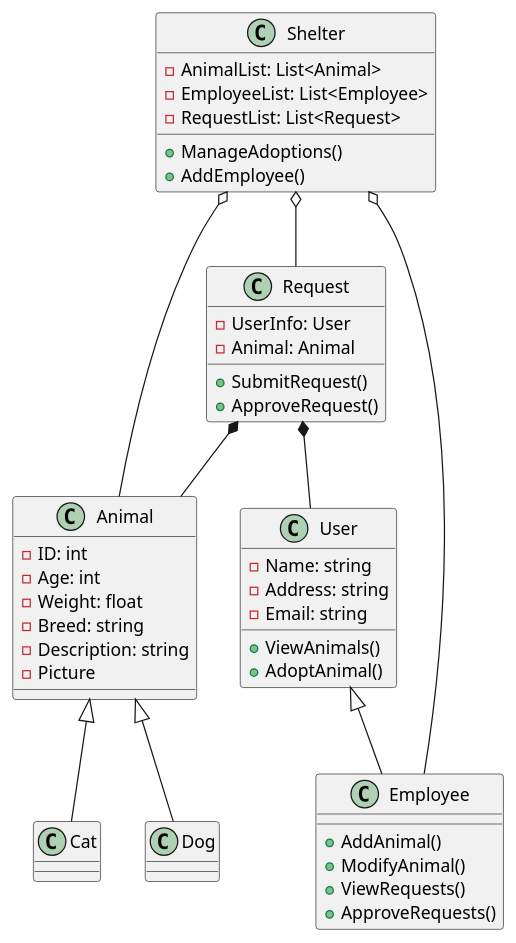
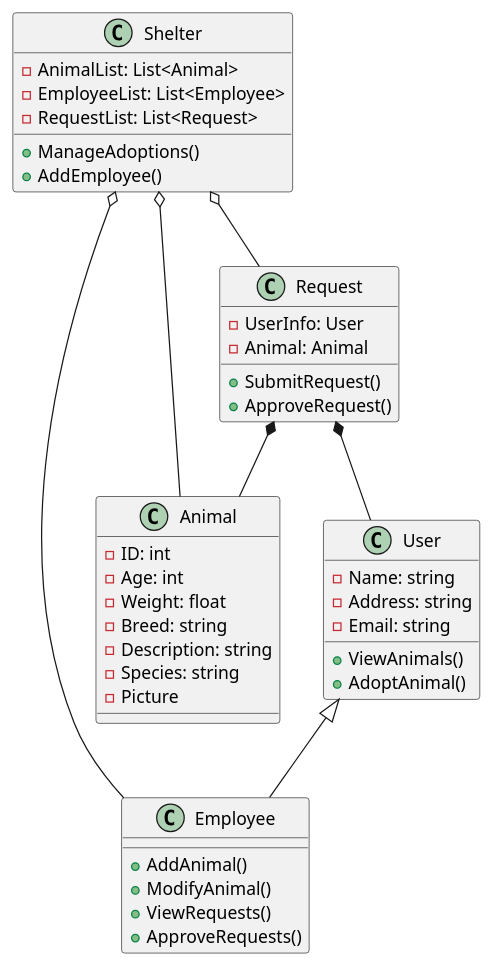
The diagram in Docs/DiagramClass.puml (Pymek11/SchroniskoJava), drawn with PlantUML before and after one commit.

Commit message:
DiagramClass - zmiany

```diff
--- a/Docs/DiagramClass.puml
+++ b/Docs/DiagramClass.puml
@@ -1,54 +1,49 @@
 @startuml
 class Animal {
     - ID: int
     - Age: int
     - Weight: float
     - Breed: string
     - Description: string
+    - Species: string
     - Picture
-}
-
-class Cat {
-}
-class Dog {
 }
 
 class User {
     - Name: string
     - Address: string
     - Email: string
     + ViewAnimals()
     + AdoptAnimal()
 }
 
 class Employee {
     + AddAnimal()
     + ModifyAnimal()
     + ViewRequests()
     + ApproveRequests()
 }
 
 class Shelter {
     - AnimalList: List<Animal>
     - EmployeeList: List<Employee>
     - RequestList: List<Request>
     + ManageAdoptions()
     + AddEmployee()
 }
 
 class Request {
     - UserInfo: User
     - Animal: Animal
     + SubmitRequest()
     + ApproveRequest()
 }
 
-Animal <|-- Cat
-Animal <|-- Dog
+
 User <|-- Employee
 Shelter o-- Animal
 Shelter o-- Employee
 Shelter o-- Request
 Request *-- User
 Request *-- Animal
 @enduml
```
